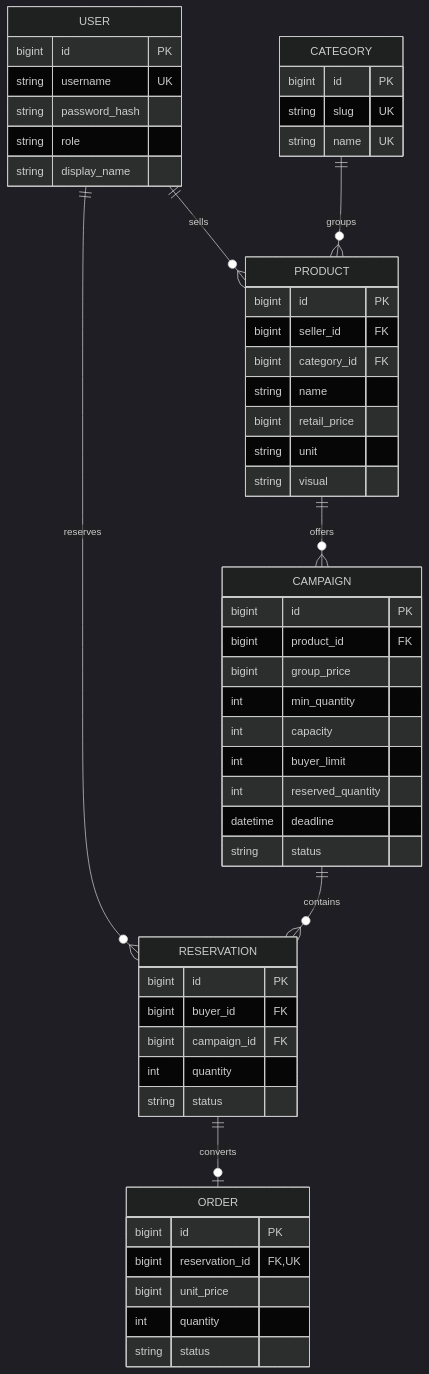
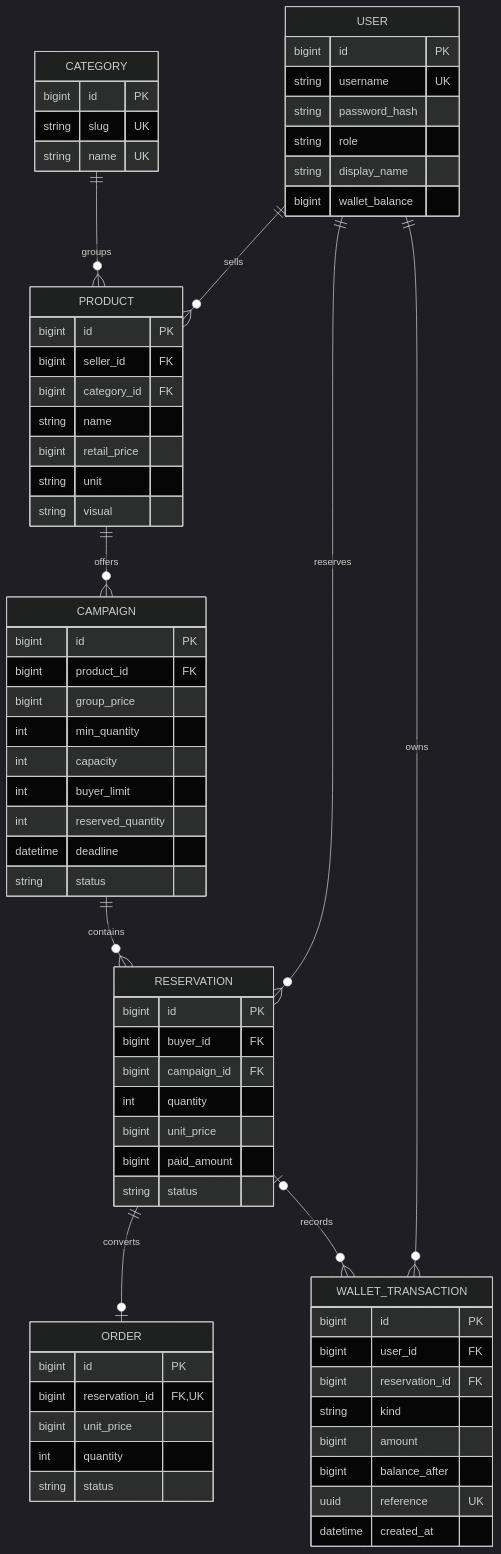
Before and after one commit to mohadesostadhl/ham-kharid-backend: the diagram in docs/DATABASE_DESIGN.md, drawn with Mermaid (dark theme). The commit also changed other lines of this file and 10 other files, not shown here.

Commit message:
test(wallet): verify refunds and concurrent spending and document flows

````diff
--- a/docs/DATABASE_DESIGN.md
+++ b/docs/DATABASE_DESIGN.md
@@ -3,55 +3,70 @@
 ```mermaid
 erDiagram
   USER ||--o{ PRODUCT : sells
   CATEGORY ||--o{ PRODUCT : groups
   PRODUCT ||--o{ CAMPAIGN : offers
   USER ||--o{ RESERVATION : reserves
   CAMPAIGN ||--o{ RESERVATION : contains
   RESERVATION ||--o| ORDER : converts
+  USER ||--o{ WALLET_TRANSACTION : owns
+  RESERVATION |o--o{ WALLET_TRANSACTION : records
   USER {
     bigint id PK
     string username UK
     string password_hash
     string role
     string display_name
+    bigint wallet_balance
   }
   CATEGORY {
     bigint id PK
     string slug UK
     string name UK
   }
   PRODUCT {
     bigint id PK
     bigint seller_id FK
     bigint category_id FK
     string name
     bigint retail_price
     string unit
     string visual
   }
   CAMPAIGN {
     bigint id PK
     bigint product_id FK
     bigint group_price
     int min_quantity
     int capacity
     int buyer_limit
     int reserved_quantity
     datetime deadline
     string status
   }
   RESERVATION {
     bigint id PK
     bigint buyer_id FK
     bigint campaign_id FK
     int quantity
+    bigint unit_price
+    bigint paid_amount
     string status
   }
   ORDER {
     bigint id PK
     bigint reservation_id FK,UK
     bigint unit_price
     int quantity
     string status
   }
+  WALLET_TRANSACTION {
+    bigint id PK
+    bigint user_id FK
+    bigint reservation_id FK
+    string kind
+    bigint amount
+    bigint balance_after
+    uuid reference UK
+    datetime created_at
+  }
 ```
````
